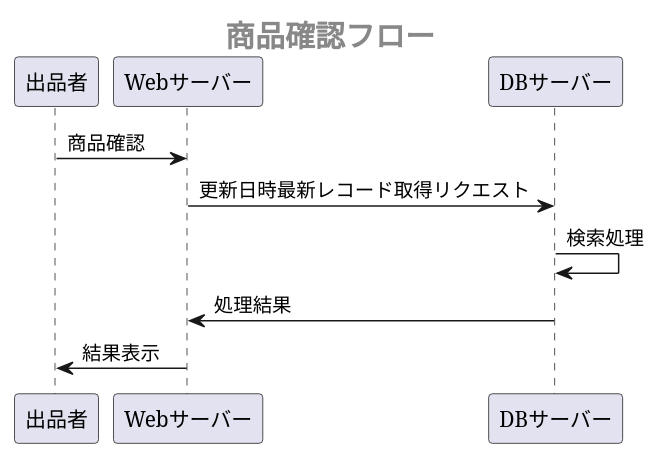
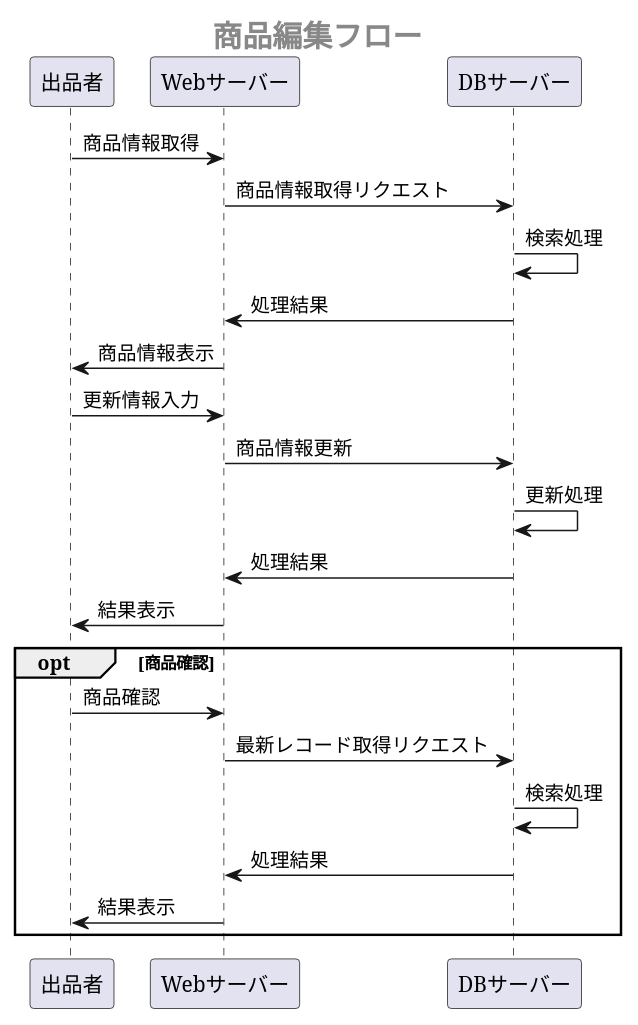
The fifth of 8 diagrams in 設計書/02_業務フロー/2021-12-22BusinessFlow.md (Aso2001385/NAISA), drawn with PlantUML before and after one commit. The commit also changed other lines of this file, not shown here.

````diff
--- a/設計書/02_業務フロー/2021-12-22BusinessFlow.md
+++ b/設計書/02_業務フロー/2021-12-22BusinessFlow.md
@@ -123,16 +125,30 @@
 ```uml
 @startuml
- center header <size:20><b>商品確認フロー</b></size>
+ center header <size:20><b>商品編集フロー</b></size>
   
  participant 出品者 as seller
  participant Webサーバー as web
  participant DBサーバー as db
  
- seller -> web:商品確認
- web -> db:更新日時最新レコード取得リクエスト
+ seller -> web:商品情報取得
+ web -> db:商品情報取得リクエスト
  db -> db:検索処理
+ db -> web:処理結果
+ web -> seller:商品情報表示
+ 
+ seller -> web:更新情報入力
+ web -> db:商品情報更新
+ db -> db:更新処理
  db -> web:処理結果
  web -> seller:結果表示
  
+ opt 商品確認
+  seller -> web:商品確認
+  web -> db:最新レコード取得リクエスト
+  db -> db:検索処理
+  db -> web:処理結果
+  web -> seller:結果表示
+ end
+ 
 @enduml
 ```
````
